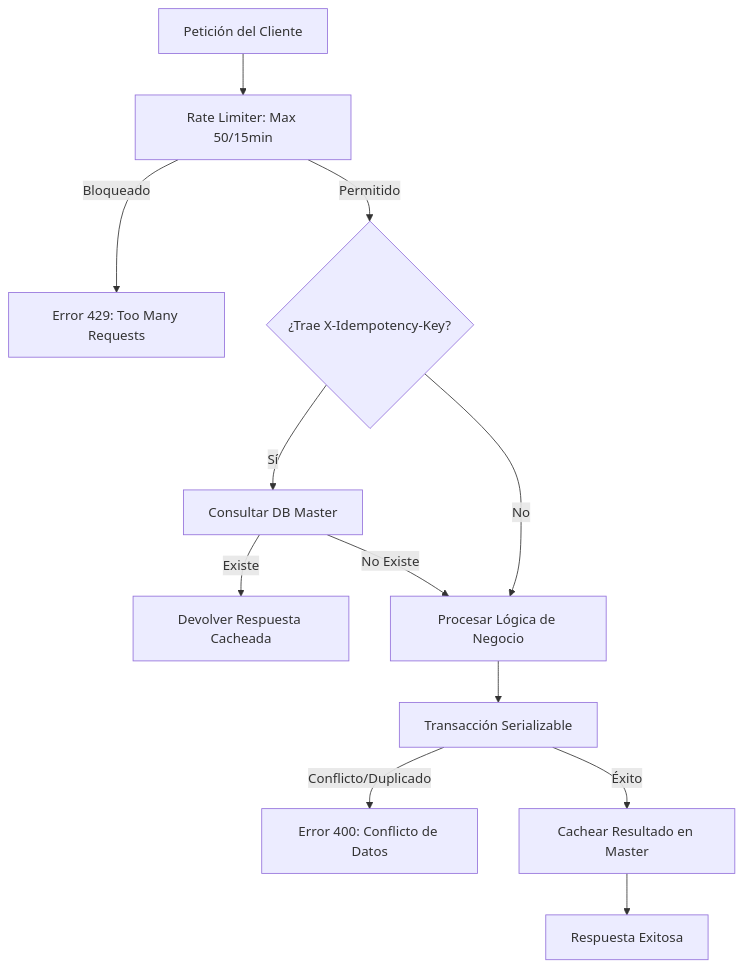
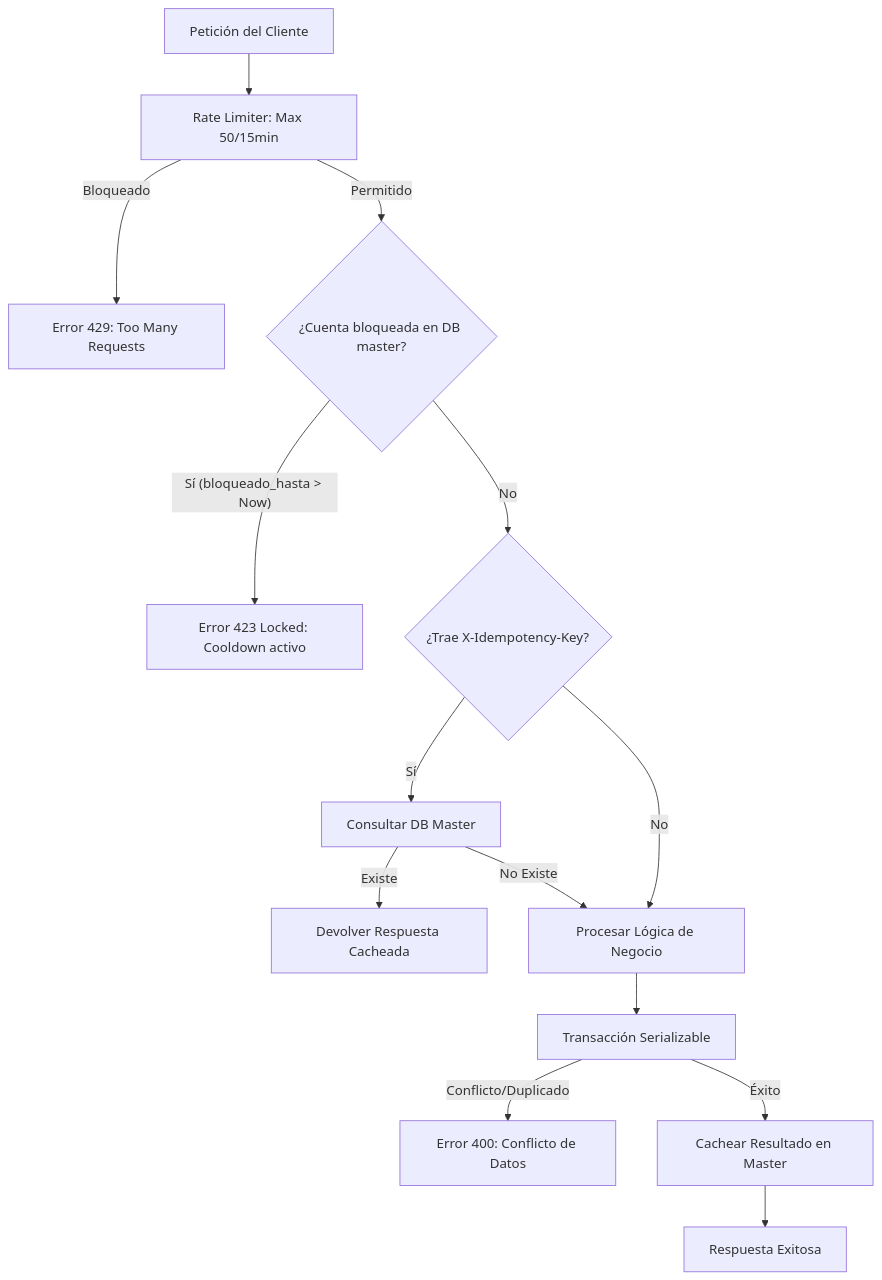
One commit to DaniDev-19/SICIC-INSAI-V2.0 changed the diagram in backend/docs/seguridad_y_robustez_api.md. Above: the diagram before and after it, drawn with Mermaid. The commit also changed other lines of this file and 72 other files, not shown here.

````diff
--- a/backend/docs/seguridad_y_robustez_api.md
+++ b/backend/docs/seguridad_y_robustez_api.md
@@ -46,14 +65,16 @@
 ```mermaid
 graph TD
     REQ[Petición del Cliente] --> RATE[Rate Limiter: Max 50/15min]
     RATE -- Bloqueado --> ERR429[Error 429: Too Many Requests]
-    RATE -- Permitido --> IDEM{¿Trae X-Idempotency-Key?}
+    RATE -- Permitido --> LOCK{¿Cuenta bloqueada en DB master?}
+    LOCK -- Sí (bloqueado_hasta > Now) --> ERR423[Error 423 Locked: Cooldown activo]
+    LOCK -- No --> IDEM{¿Trae X-Idempotency-Key?}
     IDEM -- Sí --> CHECK_DB[Consultar DB Master]
     CHECK_DB -- Existe --> RET[Devolver Respuesta Cacheada]
     CHECK_DB -- No Existe --> PROC[Procesar Lógica de Negocio]
     IDEM -- No --> PROC
     PROC --> TRANS[Transacción Serializable]
     TRANS -- Conflicto/Duplicado --> ERR400[Error 400: Conflicto de Datos]
     TRANS -- Éxito --> SAVE[Cachear Resultado en Master]
     SAVE --> FIN[Respuesta Exitosa]
 ```
````
